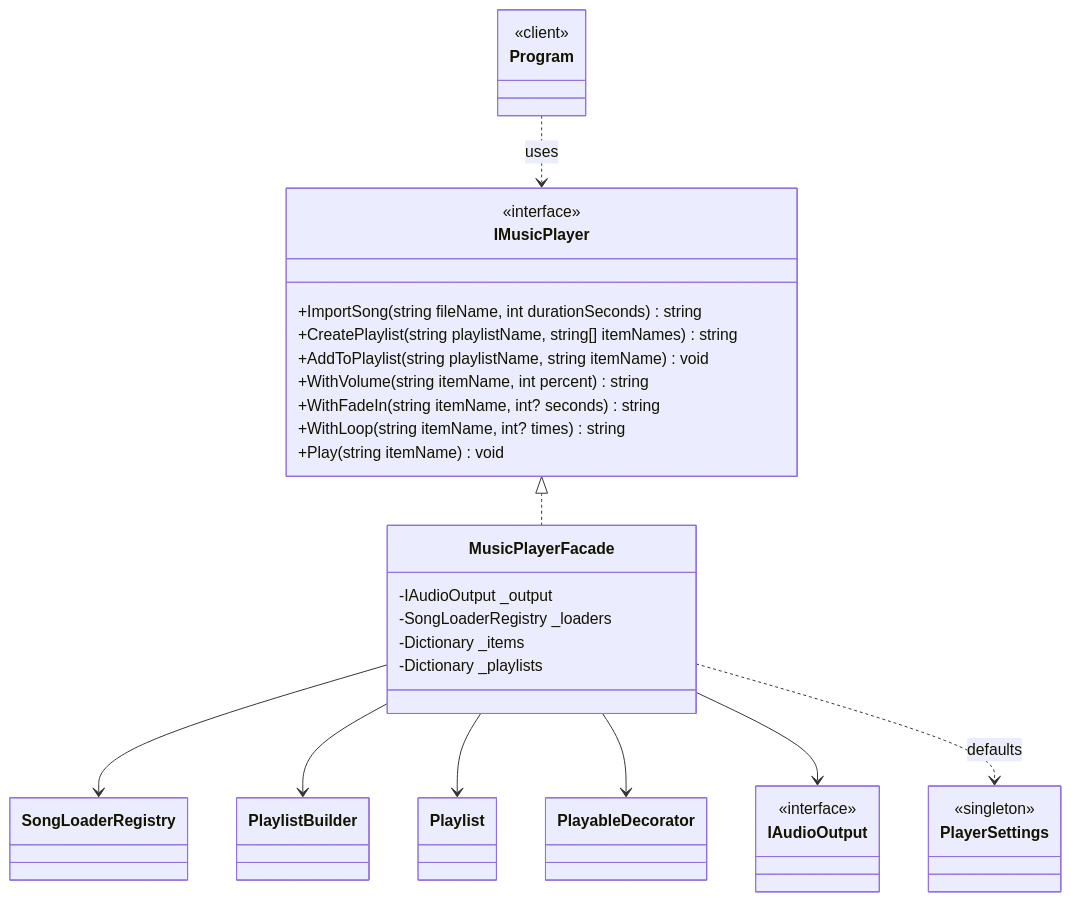
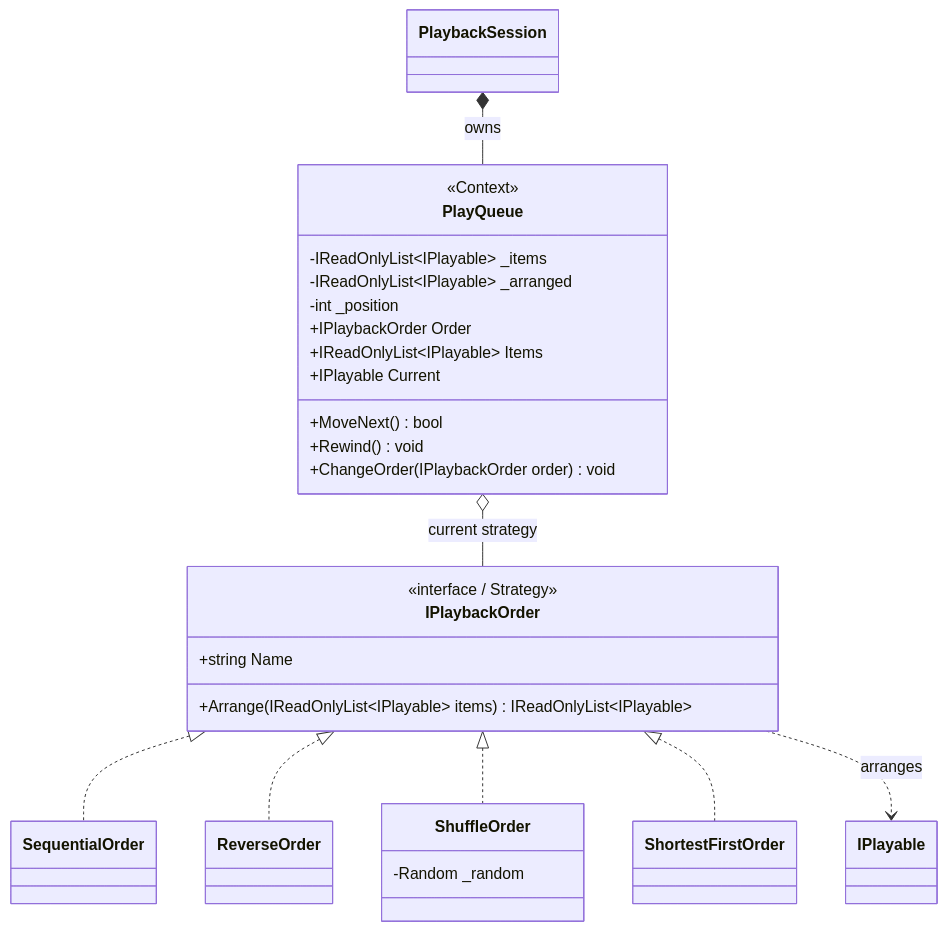
Before and after one commit to dana-r19/tmps: the fifth of 5 diagrams in REPORT.md, drawn with Mermaid. The commit also changed other lines of this file and 1 other file, not shown here.

````diff
--- a/REPORT.md
+++ b/REPORT.md
@@ -270,40 +517,34 @@
 ```mermaid
 classDiagram
-    class Program {
-        <<client>>
+    class PlayQueue {
+        <<Context>>
+        -IReadOnlyList~IPlayable~ _items
+        -IReadOnlyList~IPlayable~ _arranged
+        -int _position
+        +IPlaybackOrder Order
+        +IReadOnlyList~IPlayable~ Items
+        +IPlayable Current
+        +MoveNext() bool
+        +Rewind() void
+        +ChangeOrder(IPlaybackOrder order) void
     }
-    class IMusicPlayer {
-        <<interface>>
-        +ImportSong(string fileName, int durationSeconds) string
-        +CreatePlaylist(string playlistName, string[] itemNames) string
-        +AddToPlaylist(string playlistName, string itemName) void
-        +WithVolume(string itemName, int percent) string
-        +WithFadeIn(string itemName, int? seconds) string
-        +WithLoop(string itemName, int? times) string
-        +Play(string itemName) void
+    class IPlaybackOrder {
+        <<interface / Strategy>>
+        +string Name
+        +Arrange(IReadOnlyList~IPlayable~ items) IReadOnlyList~IPlayable~
     }
-    class MusicPlayerFacade {
-        -IAudioOutput _output
-        -SongLoaderRegistry _loaders
-        -Dictionary _items
-        -Dictionary _playlists
+    class SequentialOrder
+    class ReverseOrder
+    class ShuffleOrder {
+        -Random _random
     }
-    class SongLoaderRegistry
-    class PlaylistBuilder
-    class Playlist
-    class PlayableDecorator
-    class IAudioOutput {
-        <<interface>>
-    }
-    class PlayerSettings {
-        <<singleton>>
-    }
-    Program ..> IMusicPlayer : uses
-    IMusicPlayer <|.. MusicPlayerFacade
-    MusicPlayerFacade --> SongLoaderRegistry
-    MusicPlayerFacade --> PlaylistBuilder
-    MusicPlayerFacade --> Playlist
-    MusicPlayerFacade --> PlayableDecorator
-    MusicPlayerFacade --> IAudioOutput
-    MusicPlayerFacade ..> PlayerSettings : defaults
+    class ShortestFirstOrder
+    class PlaybackSession
+    PlaybackSession *-- PlayQueue : owns
+    PlayQueue o-- IPlaybackOrder : current strategy
+    IPlaybackOrder <|.. SequentialOrder
+    IPlaybackOrder <|.. ReverseOrder
+    IPlaybackOrder <|.. ShuffleOrder
+    IPlaybackOrder <|.. ShortestFirstOrder
+    IPlaybackOrder ..> IPlayable : arranges
 ```
````
